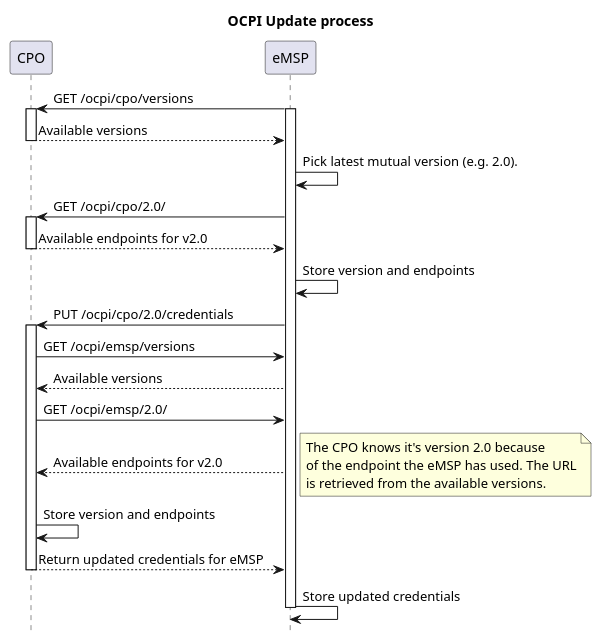
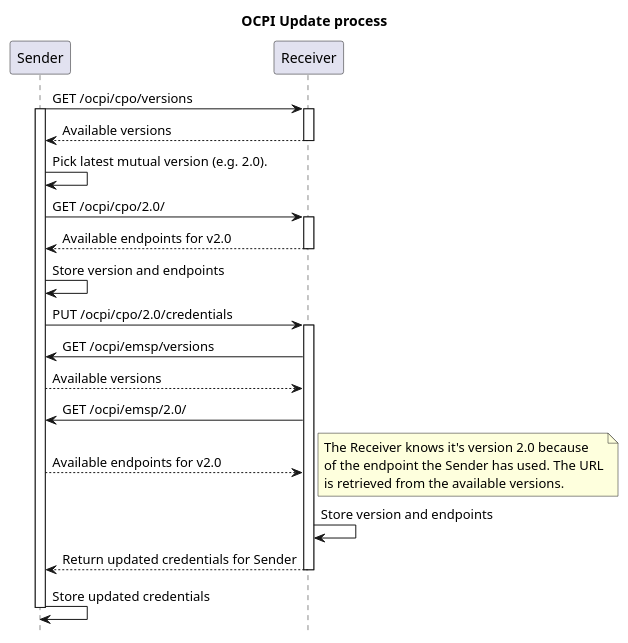
One commit to ocpi/ocpi changed the diagram in plantuml/update-sequence.plantuml. Above: the diagram before and after it, drawn with PlantUML. The commit also changed 4 other files, not shown here.

```diff
--- a/plantuml/update-sequence.plantuml
+++ b/plantuml/update-sequence.plantuml
@@ -1,40 +1,40 @@
 @startuml
 title OCPI Update process
 hide footbox
 
-participant CPO
-participant eMSP
+participant eMSP AS "Sender"
+participant CPO AS "Receiver"
 
 CPO <- eMSP: GET /ocpi/cpo/versions
 activate eMSP
 activate CPO
 CPO --> eMSP: Available versions
 deactivate CPO
 
 eMSP -> eMSP: Pick latest mutual version (e.g. 2.0).
 CPO <- eMSP: GET /ocpi/cpo/2.0/
 activate CPO
 CPO --> eMSP: Available endpoints for v2.0
 deactivate CPO
 eMSP -> eMSP: Store version and endpoints
 CPO <- eMSP: PUT /ocpi/cpo/2.0/credentials
 
 activate CPO
 CPO -> eMSP: GET /ocpi/emsp/versions
 CPO <-- eMSP: Available versions
 CPO -> eMSP: GET /ocpi/emsp/2.0/
 CPO <-- eMSP: Available endpoints for v2.0
 note right
-    The CPO knows it's version 2.0 because
-    of the endpoint the eMSP has used. The URL
+    The Receiver knows it's version 2.0 because
+    of the endpoint the Sender has used. The URL
     is retrieved from the available versions.
 end note
 CPO -> CPO: Store version and endpoints
-CPO --> eMSP: Return updated credentials for eMSP
+CPO --> eMSP: Return updated credentials for Sender
 deactivate CPO
 
 eMSP -> eMSP: Store updated credentials
 
 deactivate eMSP
 
 @enduml
```
